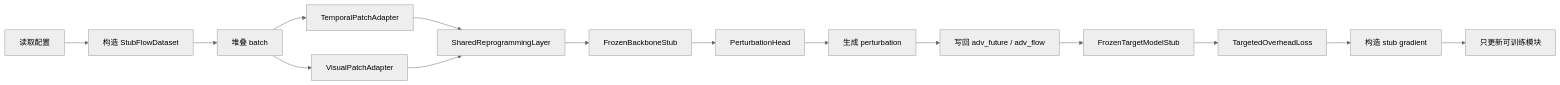
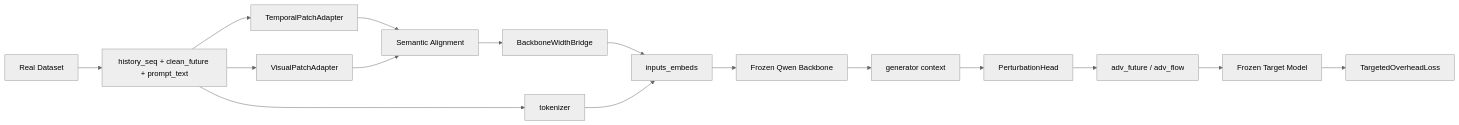
Before and after one commit to Ni-Xilin/work2: the diagram in work2/docs/训练流程全链路详解.md, drawn with Mermaid (neutral theme). The commit also changed other lines of this file and 9 other files, not shown here.

````diff
--- a/work2/docs/训练流程全链路详解.md
+++ b/work2/docs/训练流程全链路详解.md
@@ -174,17 +96,18 @@
 ```mermaid
 flowchart LR
-    A[读取配置] --> B[构造 StubFlowDataset]
-    B --> C[堆叠 batch]
-    C --> D[TemporalPatchAdapter]
-    C --> E[VisualPatchAdapter]
-    D --> F[SharedReprogrammingLayer]
-    E --> F
-    F --> G[FrozenBackboneStub]
-    G --> H[PerturbationHead]
-    H --> I[生成 perturbation]
-    I --> J[写回 adv_future / adv_flow]
-    J --> K[FrozenTargetModelStub]
-    K --> L[TargetedOverheadLoss]
-    L --> M[构造 stub gradient]
-    M --> N[只更新可训练模块]
+    A[Real Dataset] --> B[history_seq + clean_future + prompt_text]
+    B --> C[TemporalPatchAdapter]
+    B --> D[VisualPatchAdapter]
+    C --> E[Semantic Alignment]
+    D --> E
+    E --> F[BackboneWidthBridge]
+    B --> G[tokenizer]
+    F --> H[inputs_embeds]
+    G --> H
+    H --> I[Frozen Qwen Backbone]
+    I --> J[generator context]
+    J --> K[PerturbationHead]
+    K --> L[adv_future / adv_flow]
+    L --> M[Frozen Target Model]
+    M --> N[TargetedOverheadLoss]
 ```
````
